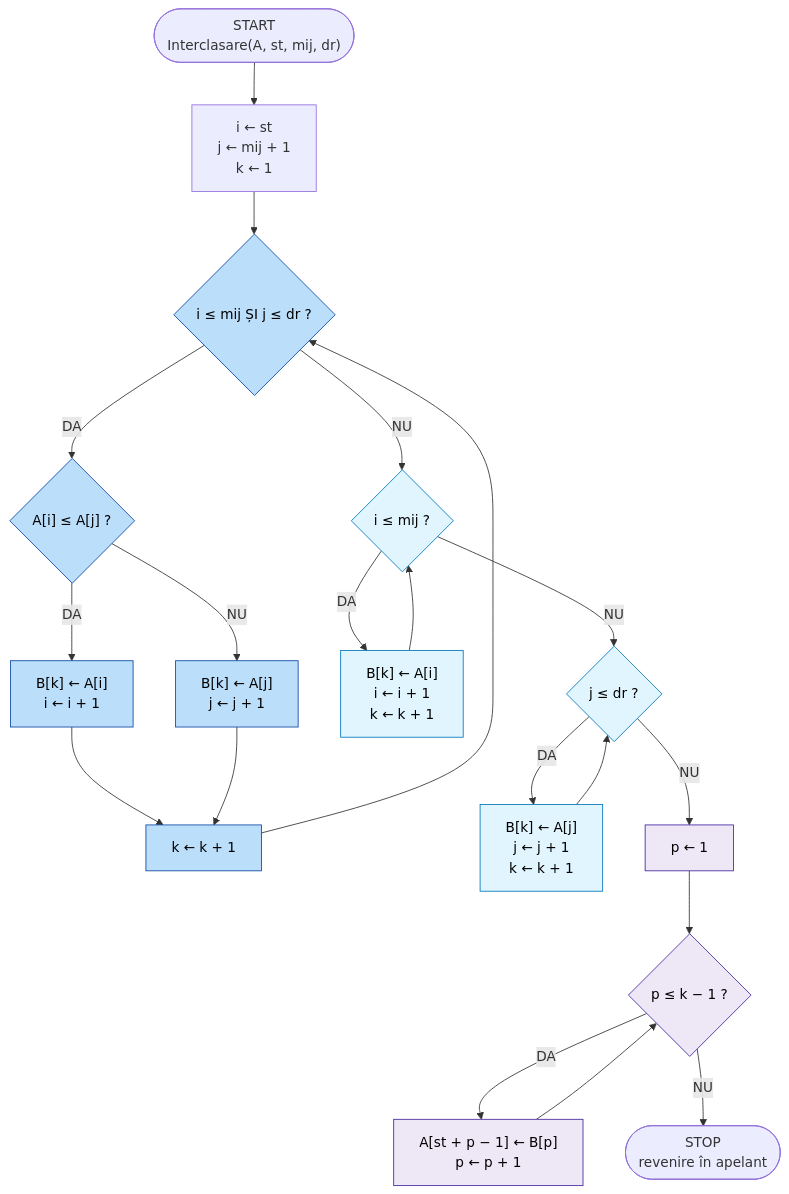
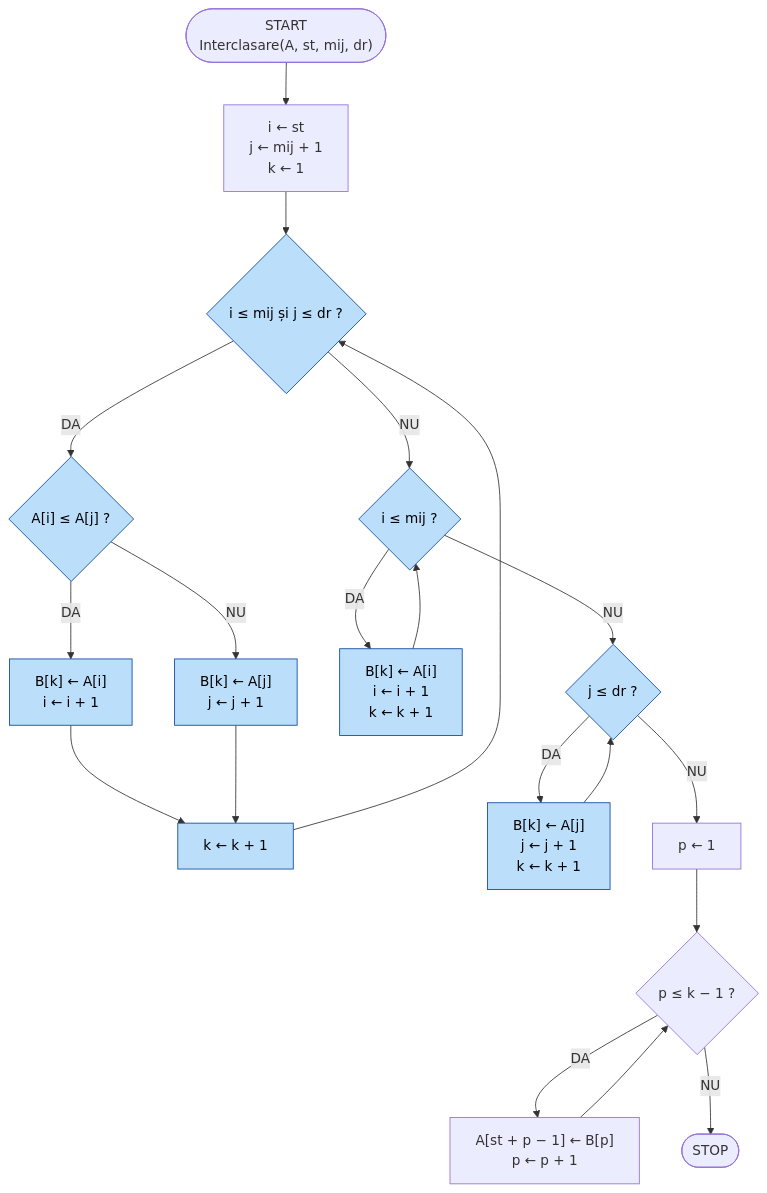
The second of 2 diagrams in inginerie-software/merge-sort/README.md (Traian71/college-work), drawn with Mermaid before and after one commit. The commit also changed other lines of this file and 9 other files, not shown here.

````diff
--- a/inginerie-software/merge-sort/README.md
+++ b/inginerie-software/merge-sort/README.md
@@ -248,34 +100,30 @@
 ```mermaid
 %%{init: {"flowchart": {"wrappingWidth": 400}}}%%
 flowchart TD
     S(["START<br/>Interclasare(A, st, mij, dr)"]) --> I0["i ← st<br/>j ← mij + 1<br/>k ← 1"]
 
-    I0 --> C1{"i ≤ mij ȘI j ≤ dr ?"}
+    I0 --> C1{"i ≤ mij și j ≤ dr ?"}
     C1 -- DA --> C2{"A[i] ≤ A[j] ?"}
     C2 -- DA --> T1["B[k] ← A[i]<br/>i ← i + 1"]
     C2 -- NU --> T2["B[k] ← A[j]<br/>j ← j + 1"]
     T1 --> K1["k ← k + 1"]
     T2 --> K1
     K1 --> C1
 
     C1 -- NU --> C3{"i ≤ mij ?"}
     C3 -- DA --> T3["B[k] ← A[i]<br/>i ← i + 1<br/>k ← k + 1"]
     T3 --> C3
 
     C3 -- NU --> C4{"j ≤ dr ?"}
     C4 -- DA --> T4["B[k] ← A[j]<br/>j ← j + 1<br/>k ← k + 1"]
     T4 --> C4
 
     C4 -- NU --> P0["p ← 1"]
     P0 --> C5{"p ≤ k − 1 ?"}
     C5 -- DA --> T5["A[st + p − 1] ← B[p]<br/>p ← p + 1"]
     T5 --> C5
-    C5 -- NU --> E(["STOP<br/>revenire în apelant"])
+    C5 -- NU --> E(["STOP"])
 
-    classDef comparare fill:#bbdefb,stroke:#0d47a1,color:#000
-    classDef rest fill:#e1f5fe,stroke:#0277bd,color:#000
-    classDef copiere fill:#ede7f6,stroke:#4527a0,color:#000
-    class C1,C2,T1,T2,K1 comparare
-    class C3,T3,C4,T4 rest
-    class P0,C5,T5 copiere
+    classDef interclasare fill:#bbdefb,stroke:#0d47a1,color:#000
+    class C1,C2,T1,T2,K1,C3,T3,C4,T4 interclasare
 ```
````
